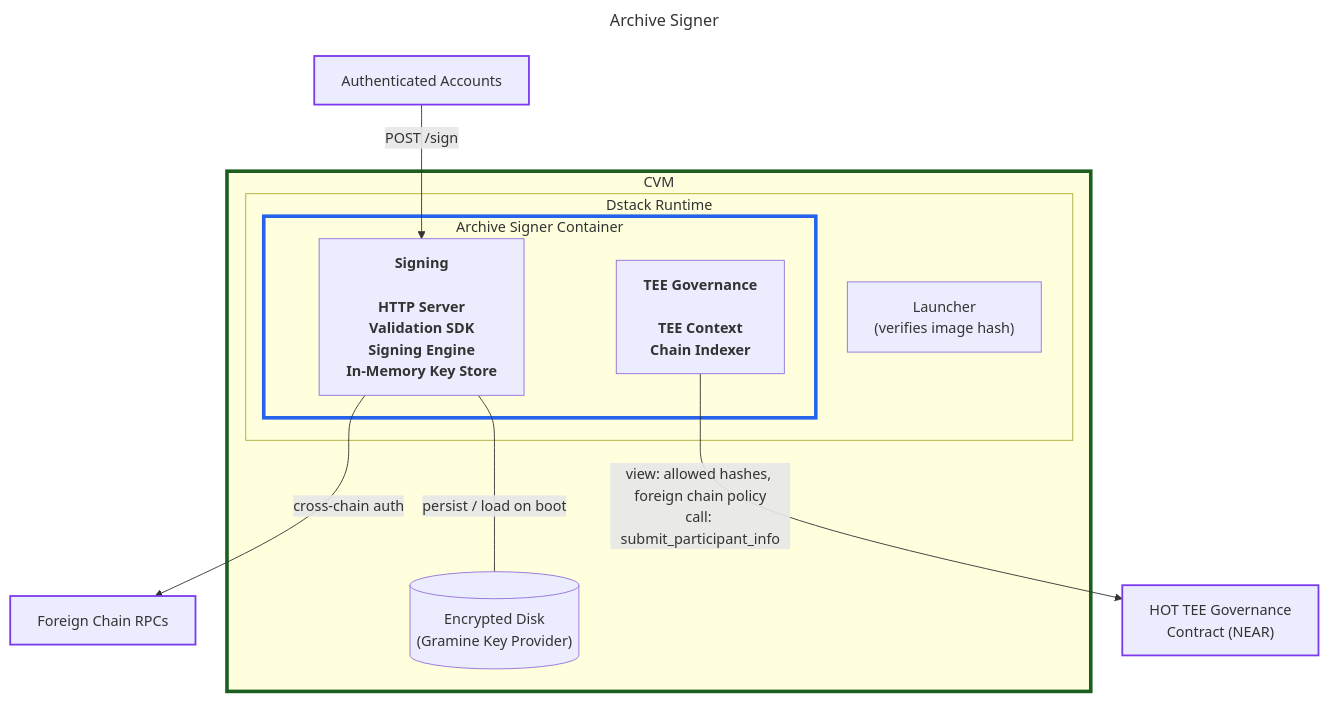
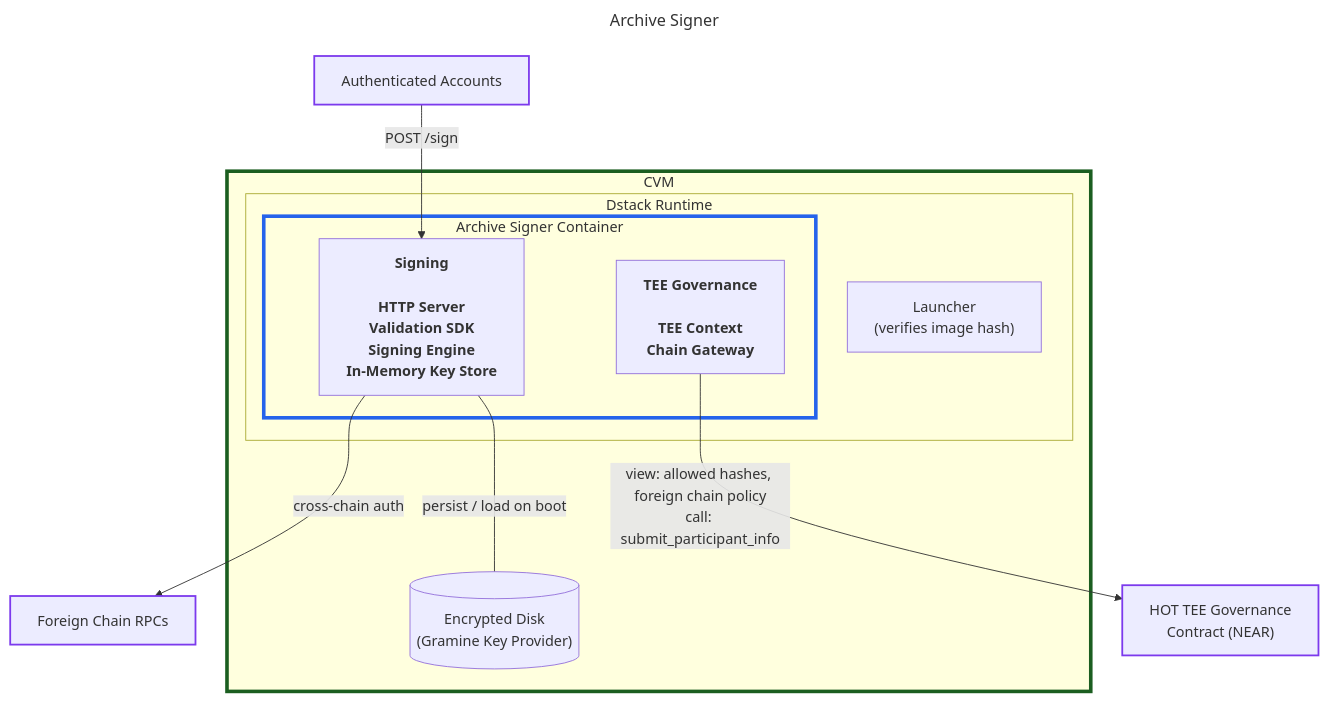
One commit to near/mpc changed the first of 3 diagrams in docs/hot-tee-signing-design.md. Above: the diagram before and after it, drawn with Mermaid. The commit also changed other lines of this file and 1 other file, not shown here.

First line of the commit message:
docs: rename Chain Indexer to Chain Gateway and drop contract-specific phrasing

````diff
--- a/docs/hot-tee-signing-design.md
+++ b/docs/hot-tee-signing-design.md
@@ -34,46 +34,46 @@
 ```mermaid
 ---
 title: Archive Signer
 ---
 flowchart TB
 
 subgraph CVM["CVM"]
     subgraph DSTACK["Dstack Runtime"]
         LAUNCHER["Launcher<br/>(verifies image hash)"]
         subgraph HOT_APP["Archive Signer Container"]
             SIGNING[
             <b>Signing</b><br/>
             <b>HTTP Server</b>
             <b>Validation SDK</b>
             <b>Signing Engine</b>
             <b>In-Memory Key Store</b>
             ]
             TEE_GOV[
             <b>TEE Governance</b><br/>
             <b>TEE Context</b>
-            <b>Chain Indexer</b>
+            <b>Chain Gateway</b>
             ]
         end
     end
     DISK[("Encrypted Disk<br/>(Gramine Key Provider)")]
 end
 
 CLIENT["Authenticated Accounts"]
 HOT_CONTRACT["HOT TEE Governance<br/>Contract (NEAR)"]
 RPC["Foreign Chain RPCs"]
 
 CLIENT -->|"POST /sign"| SIGNING
 SIGNING -->|"cross-chain auth"| RPC
 SIGNING ---|"persist / load on boot"| DISK
 TEE_GOV -->|"view: allowed hashes, foreign chain policy<br/>call: submit_participant_info"| HOT_CONTRACT
 
 classDef cvm stroke:#1b5e20,stroke-width:4px;
 classDef app stroke:#2563eb,stroke-width:4px;
 classDef ext stroke:#7c3aed,stroke-width:2px;
 
 class CVM cvm;
 class HOT_APP app;
 class HOT_CONTRACT ext;
 class CLIENT ext;
 class RPC ext;
 ```
````
